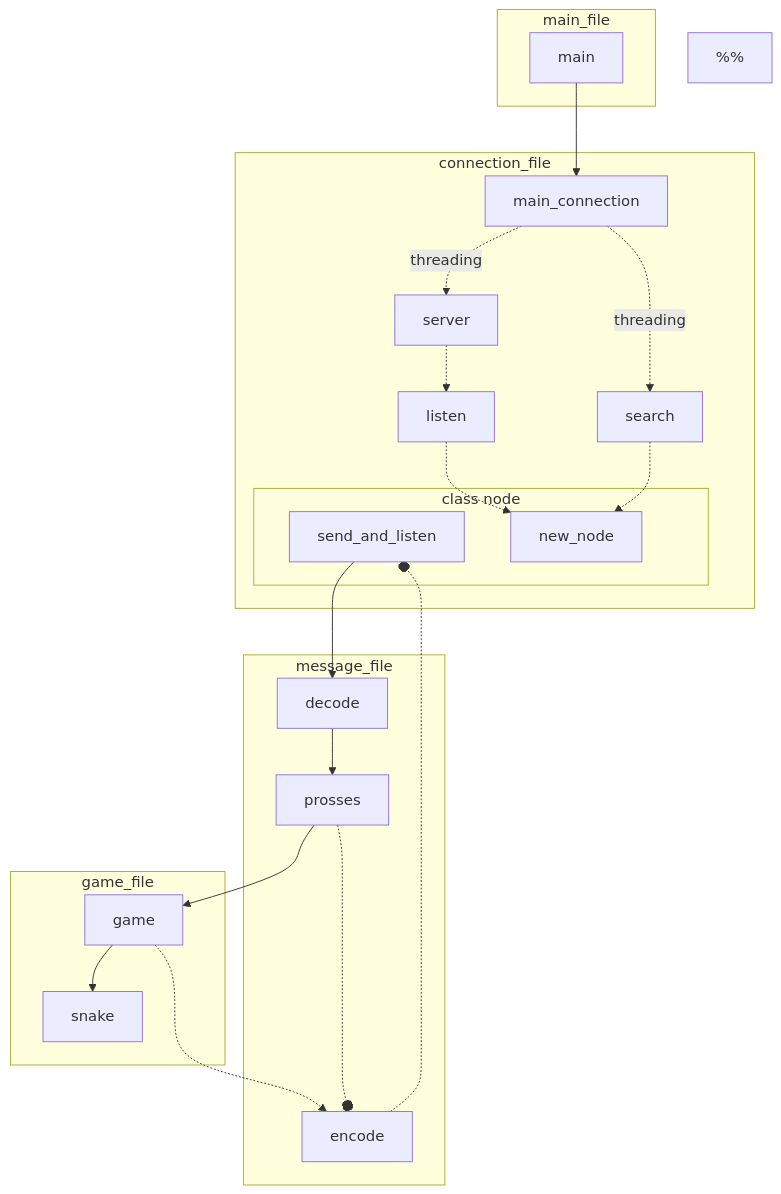
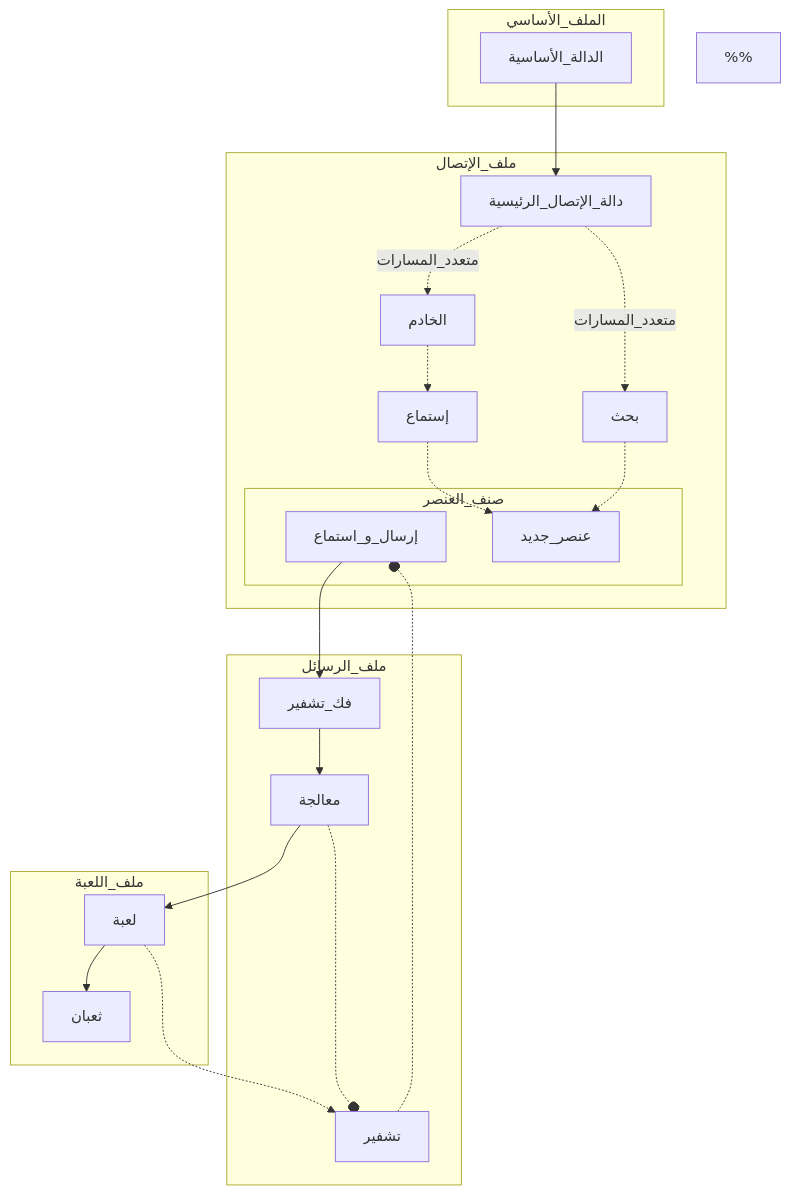
The second of 2 diagrams in plan/summary of program.md (champps/p2p-snake-python), drawn with Mermaid before and after one commit. The commit also changed other lines of this file and 6 other files, not shown here.

````diff
--- a/plan/summary of program.md
+++ b/plan/summary of program.md
@@ -62,57 +64,58 @@
 ```mermaid
 graph TD;
-                
-        subgraph main_file
-    main
-        end
 
-        subgraph connection_file
-        main_connection
-        server
-        listen
-        search
-        
-            subgraph class node
-            send_and_listen
-            new_node
-            end
-        
-        end
+subgraph الملف_الأساسي
+الدالة_الأساسية
+end
 
-        
-        subgraph message_file
-        decode
-        encode
-        prosses
-        end
-        
-        subgraph game_file
-        game
-        snake
-        
-        
-        end
-                
-        %% main to connect_file
-        main --> main_connection
-        main_connection -. threading .-> search & server
-        listen -.-> new_node
-        search -.-> new_node
-        server -.-> listen
-        
-        %% prosses message 
-        prosses --> game
-        game --> snake
-        game -..-> encode
-        
-        
-        %% connect_file to message_file
-        send_and_listen --> decode
-        decode --> prosses
-        encode -.-o send_and_listen
-        prosses -.-o encode
-        
-        %%
+subgraph ملف_الإتصال
+دالة_الإتصال_الرئيسية
+الخادم
+إستماع
+بحث
+
+subgraph صنف_العنصر
+إرسال_و_استماع
+عنصر_جديد
+
+end
+
+end
+
+
+subgraph ملف_الرسائل
+فك_تشفير
+تشفير
+معالجة
+end
+
+subgraph ملف_اللعبة
+لعبة
+ثعبان
+
+
+end
+
+%% الدالة_الأساسية to ملف_الإتصال
+الدالة_الأساسية --> دالة_الإتصال_الرئيسية
+دالة_الإتصال_الرئيسية -. متعدد_المسارات .-> بحث & الخادم
+إستماع -.-> عنصر_جديد
+بحث -.-> عنصر_جديد
+الخادم -.-> إستماع
+
+%% معالجة رسالة
+معالجة --> لعبة
+لعبة --> ثعبان
+لعبة -..-> تشفير
+
+
+%% ملف_الإتصال to ملف_الرسائل
+إرسال_و_استماع --> فك_تشفير
+فك_تشفير --> معالجة
+تشفير -.-o إرسال_و_استماع
+معالجة -.-o تشفير
+
+%%
 
 
 ```
````
